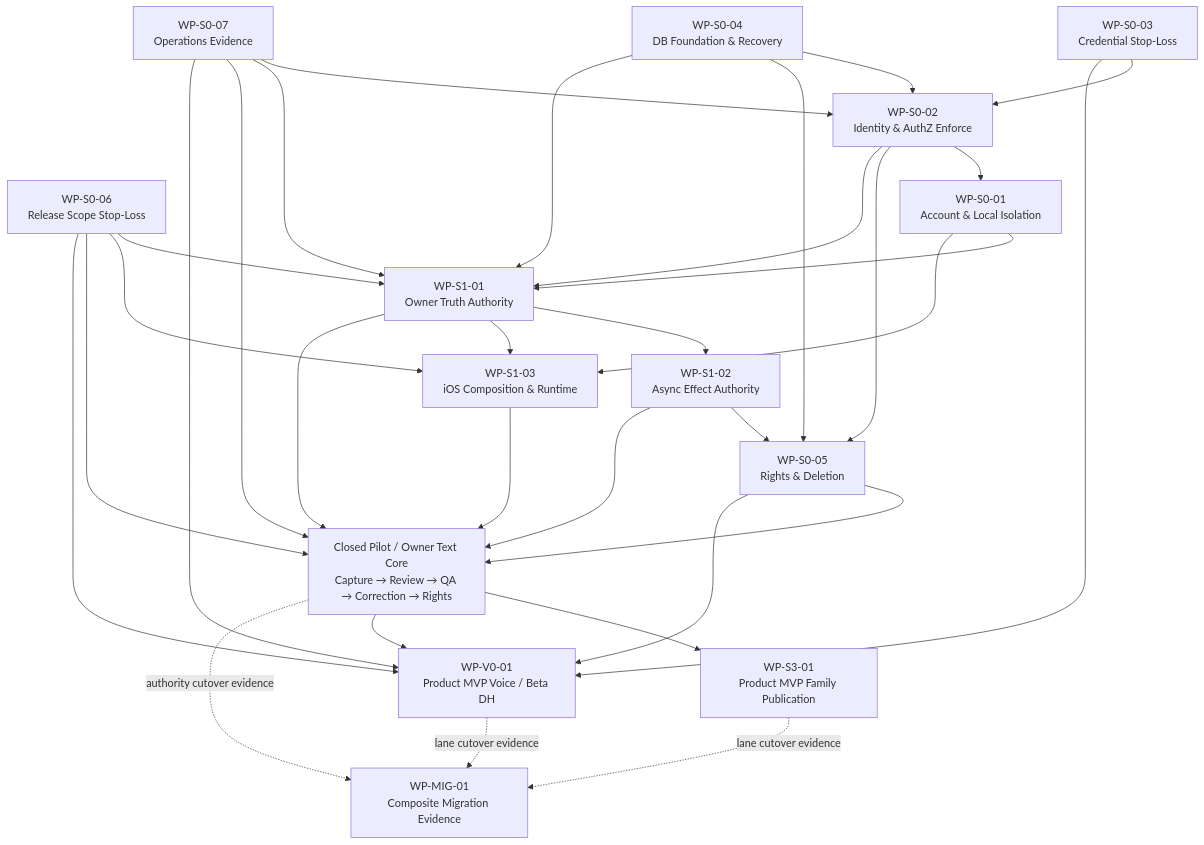
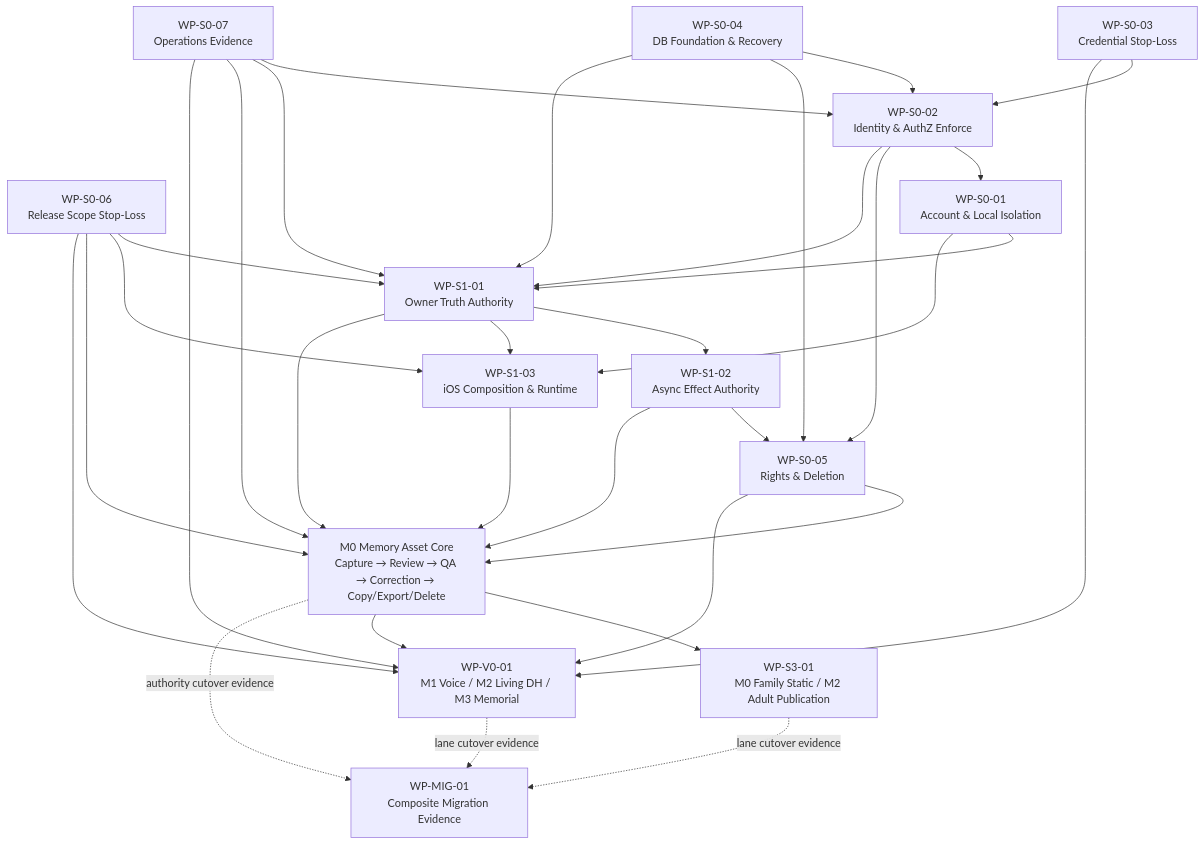
One commit to binxiao9157/DreamJourney_dev changed the diagram in docs/superpowers/plans/2026-07-12-dreamjourney-v4-executable-development-roadmap.md. Above: the diagram before and after it, drawn with Mermaid. The commit also changed other lines of this file and 28 other files, not shown here.

````diff
--- a/docs/superpowers/plans/2026-07-12-dreamjourney-v4-executable-development-roadmap.md
+++ b/docs/superpowers/plans/2026-07-12-dreamjourney-v4-executable-development-roadmap.md
@@ -136,49 +148,49 @@
 ```mermaid
 flowchart TD
     S003["WP-S0-03\nCredential Stop-Loss"]
     S004["WP-S0-04\nDB Foundation & Recovery"]
     S006["WP-S0-06\nRelease Scope Stop-Loss"]
     S007["WP-S0-07\nOperations Evidence"]
     S002["WP-S0-02\nIdentity & AuthZ Enforce"]
     S001["WP-S0-01\nAccount & Local Isolation"]
     S005["WP-S0-05\nRights & Deletion"]
     S101["WP-S1-01\nOwner Truth Authority"]
     S102["WP-S1-02\nAsync Effect Authority"]
     S103["WP-S1-03\niOS Composition & Runtime"]
-    CORE["Closed Pilot / Owner Text Core\nCapture → Review → QA → Correction → Rights"]
-    S301["WP-S3-01\nProduct MVP Family Publication"]
-    V001["WP-V0-01\nProduct MVP Voice / Beta DH"]
+    CORE["M0 Memory Asset Core\nCapture → Review → QA → Correction → Copy/Export/Delete"]
+    S301["WP-S3-01\nM0 Family Static / M2 Adult Publication"]
+    V001["WP-V0-01\nM1 Voice / M2 Living DH / M3 Memorial"]
     MIG["WP-MIG-01\nComposite Migration Evidence"]
 
     S003 --> S002
     S004 --> S002
     S007 --> S002
     S002 --> S001
     S002 --> S005
     S004 --> S005
     S001 --> S101
     S002 --> S101
     S004 --> S101
     S006 --> S101
     S007 --> S101
     S101 --> S102
     S101 --> S103
     S001 --> S103
     S006 --> S103
     S102 --> S005
     S101 --> CORE
     S102 --> CORE
     S103 --> CORE
     S005 --> CORE
     S006 --> CORE
     S007 --> CORE
     CORE --> S301
     CORE --> V001
     S003 --> V001
     S005 --> V001
     S006 --> V001
     S007 --> V001
     S301 -. "lane cutover evidence" .-> MIG
     V001 -. "lane cutover evidence" .-> MIG
     CORE -. "authority cutover evidence" .-> MIG
 ```
````
